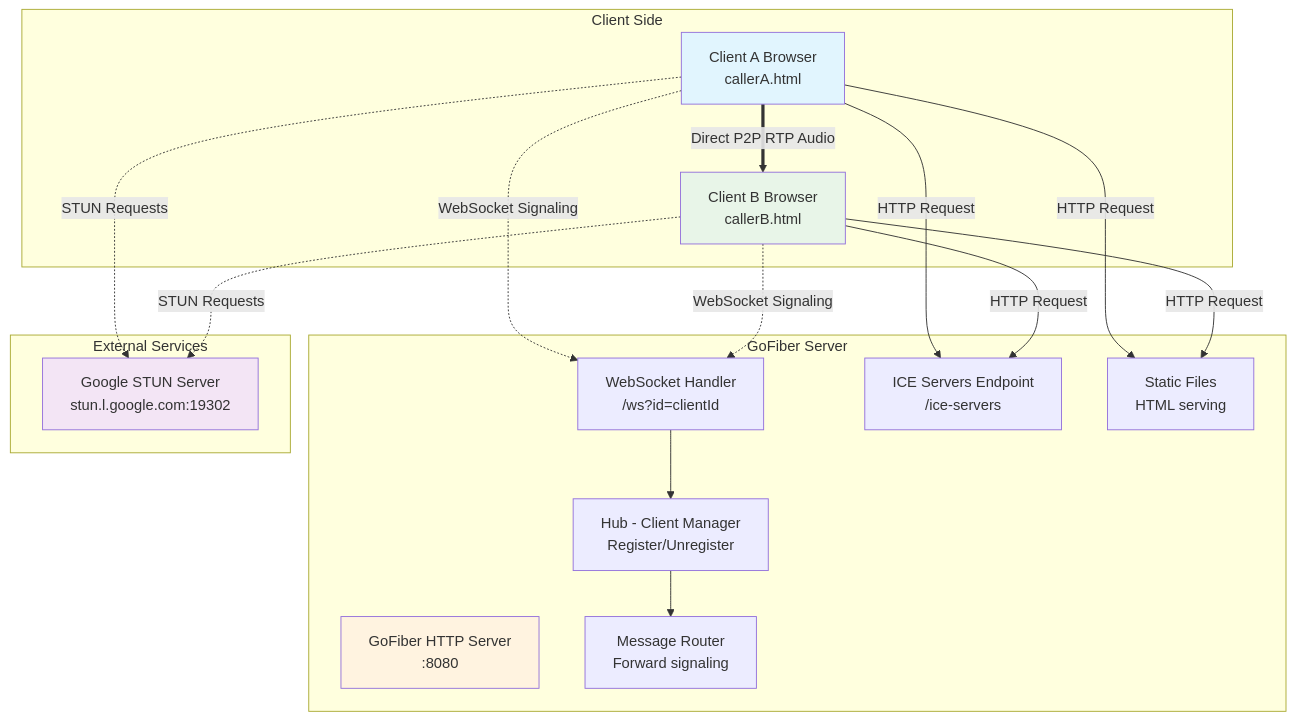
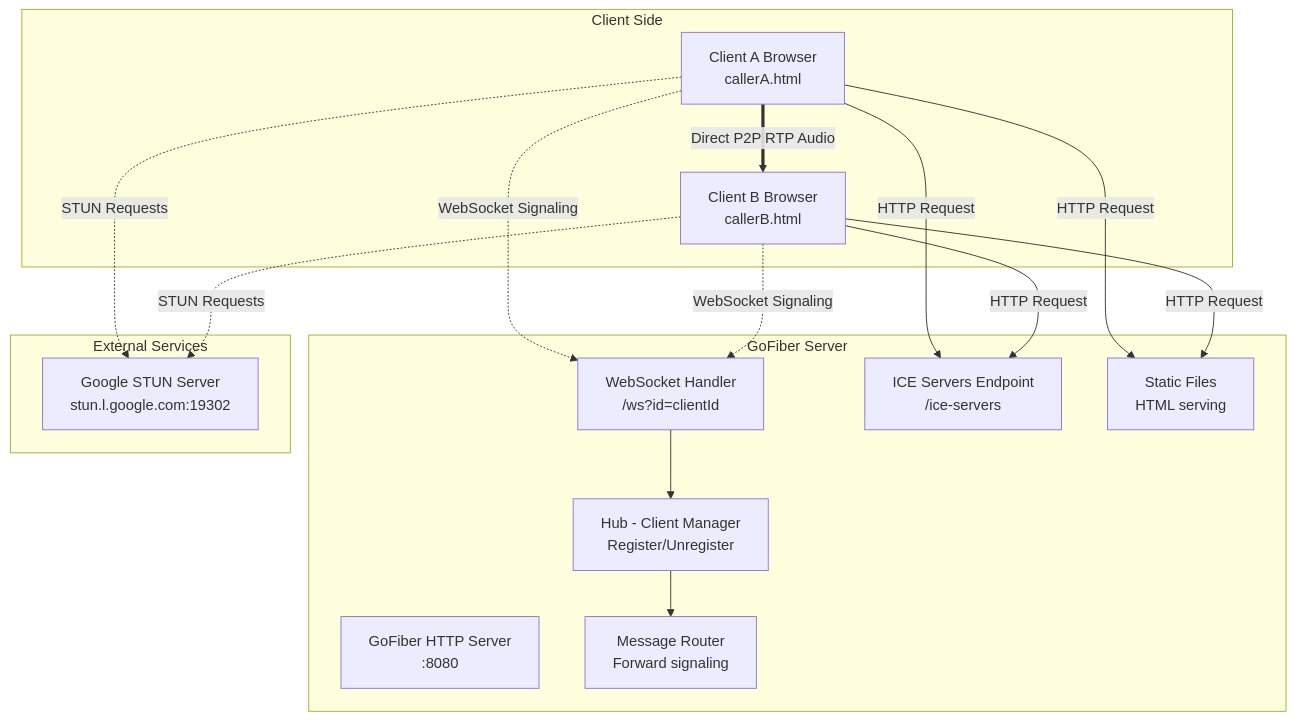
Before and after one commit to raihandotmd/webrtc-call: the first of 8 diagrams in MERMAID_DIAGRAMS.md, drawn with Mermaid. The commit also changed other lines of this file, not shown here.

Commit message:
Refactor Mermaid diagrams for improved clarity and consistency in WebRTC documentation

````diff
--- a/MERMAID_DIAGRAMS.md
+++ b/MERMAID_DIAGRAMS.md
@@ -5,41 +5,36 @@
 ```mermaid
 graph TB
     subgraph "Client Side"
         A[Client A Browser<br/>callerA.html]
         B[Client B Browser<br/>callerB.html]
     end
     
     subgraph "GoFiber Server"
         S[GoFiber HTTP Server<br/>:8080]
         WS[WebSocket Handler<br/>/ws?id=clientId]
         H[Hub - Client Manager<br/>Register/Unregister]
         R[Message Router<br/>Forward signaling]
         ICE[ICE Servers Endpoint<br/>/ice-servers]
         SF[Static Files<br/>HTML serving]
     end
     
     subgraph "External Services"
         STUN[Google STUN Server<br/>stun.l.google.com:19302]
     end
     
     A -.->|WebSocket Signaling| WS
     B -.->|WebSocket Signaling| WS
     WS --> H
     H --> R
     
     A -->|HTTP Request| ICE
     B -->|HTTP Request| ICE
     
     A -->|HTTP Request| SF
     B -->|HTTP Request| SF
     
     A -.->|STUN Requests| STUN
     B -.->|STUN Requests| STUN
     
     A ==>|Direct P2P RTP Audio| B
-    
-    style A fill:#e1f5fe
-    style B fill:#e8f5e8
-    style S fill:#fff3e0
-    style STUN fill:#f3e5f5
 ```
````
